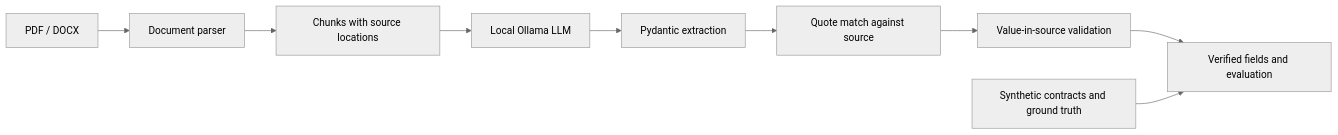
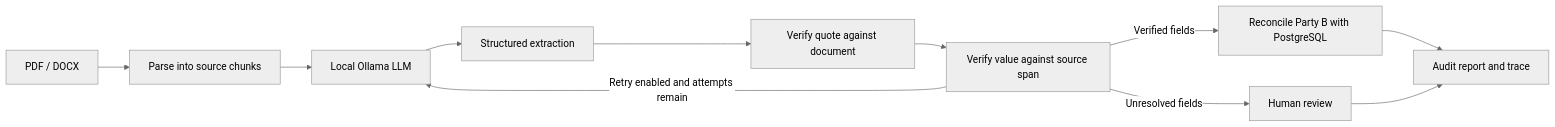
One commit to anh1650000/codoveragsy-project changed the first of 2 diagrams in README.md. Above: the diagram before and after it, drawn with Mermaid (neutral theme). The commit also changed other lines of this file, not shown here.

````diff
--- a/README.md
+++ b/README.md
@@ -28,11 +33,13 @@
 ```mermaid
 flowchart LR
-    A[PDF / DOCX] --> B[Document parser]
-    B --> C[Chunks with source locations]
-    C --> D[Local Ollama LLM]
-    D --> E[Pydantic extraction]
-    E --> F[Quote match against source]
-    F --> G[Value-in-source validation]
-    G --> H[Verified fields and evaluation]
-    I[Synthetic contracts and ground truth] --> H
+    A[PDF / DOCX] --> B[Parse into source chunks]
+    B --> C[Local Ollama LLM]
+    C --> D[Structured extraction]
+    D --> E[Verify quote against document]
+    E --> F[Verify value against source span]
+    F -->|Retry enabled and attempts remain| C
+    F -->|Verified fields| G[Reconcile Party B with PostgreSQL]
+    F -->|Unresolved fields| H[Human review]
+    G --> I[Audit report and trace]
+    H --> I
 ```
````
